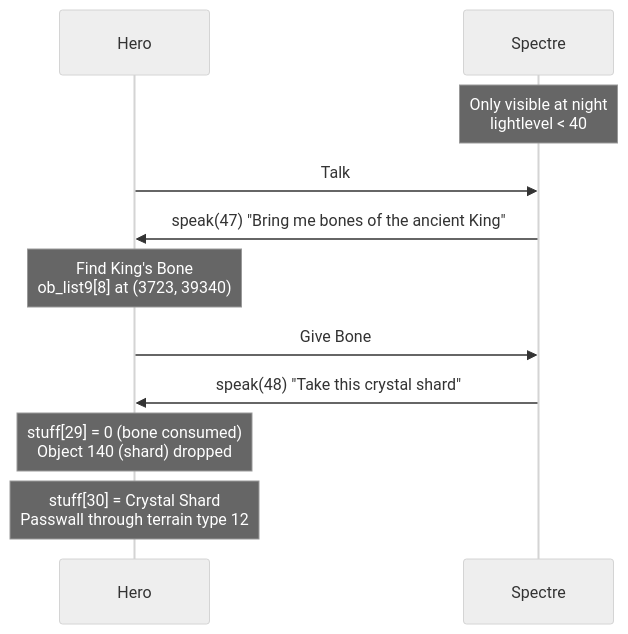
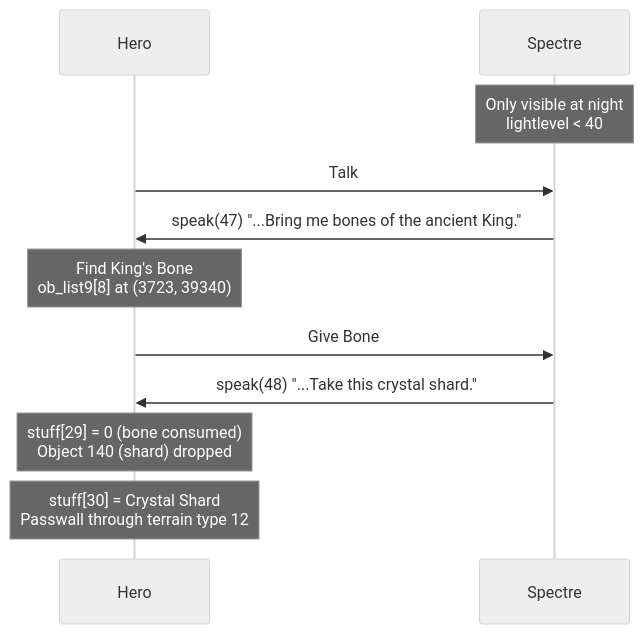
One commit to bacomatic/faery-tale-rs changed diagram 15 of 18 in reference/STORYLINE-npcs.md. Above: the diagram before and after it, drawn with Mermaid (neutral theme). The commit also changed other lines of this file and 20 other files, not shown here.

````diff
--- a/reference/STORYLINE-npcs.md
+++ b/reference/STORYLINE-npcs.md
@@ -334,17 +334,17 @@
 ```mermaid
 sequenceDiagram
     participant Hero
     participant Spectre
 
     Note over Spectre: Only visible at night<br>lightlevel < 40
 
     Hero->>Spectre: Talk
-    Spectre->>Hero: speak(47) "Bring me bones of the ancient King"
+    Spectre->>Hero: speak(47) "...Bring me bones of the ancient King."
 
     Note over Hero: Find King's Bone<br>ob_list9[8] at (3723, 39340)
 
     Hero->>Spectre: Give Bone
-    Spectre->>Hero: speak(48) "Take this crystal shard"
+    Spectre->>Hero: speak(48) "...Take this crystal shard."
     Note over Hero: stuff[29] = 0 (bone consumed)<br>Object 140 (shard) dropped
     Note over Hero: stuff[30] = Crystal Shard<br>Passwall through terrain type 12
 ```
````
